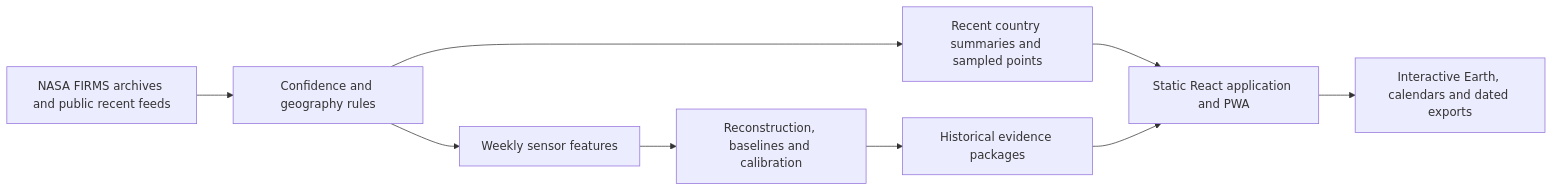
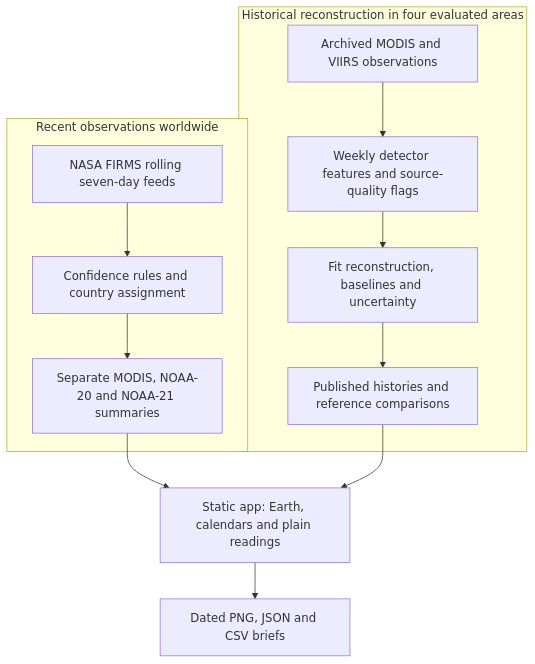
The first of 2 diagrams in README.md (polymathicX/Agun-Panjika), drawn with Mermaid before and after one commit. The commit also changed other lines of this file and 47 other files, not shown here.

````diff
--- a/README.md
+++ b/README.md
@@ -101,11 +107,15 @@
 ```mermaid
-flowchart LR
-  A[NASA FIRMS archives and public recent feeds] --> B[Confidence and geography rules]
-  B --> C[Recent country summaries and sampled points]
-  B --> D[Weekly sensor features]
-  D --> E[Reconstruction, baselines and calibration]
-  E --> F[Historical evidence packages]
-  C --> G[Static React application and PWA]
-  F --> G
-  G --> H[Interactive Earth, calendars and dated exports]
+flowchart TB
+  subgraph recent["Recent observations worldwide"]
+    A["NASA FIRMS rolling seven-day feeds"] --> B["Confidence rules and country assignment"]
+    B --> C["Separate MODIS, NOAA-20 and NOAA-21 summaries"]
+  end
+  subgraph history["Historical reconstruction in four evaluated areas"]
+    D["Archived MODIS and VIIRS observations"] --> E["Weekly detector features and source-quality flags"]
+    E --> F["Fit reconstruction, baselines and uncertainty"]
+    F --> G["Published histories and reference comparisons"]
+  end
+  C --> H["Static app: Earth, calendars and plain readings"]
+  G --> H
+  H --> I["Dated PNG, JSON and CSV briefs"]
 ```
````
